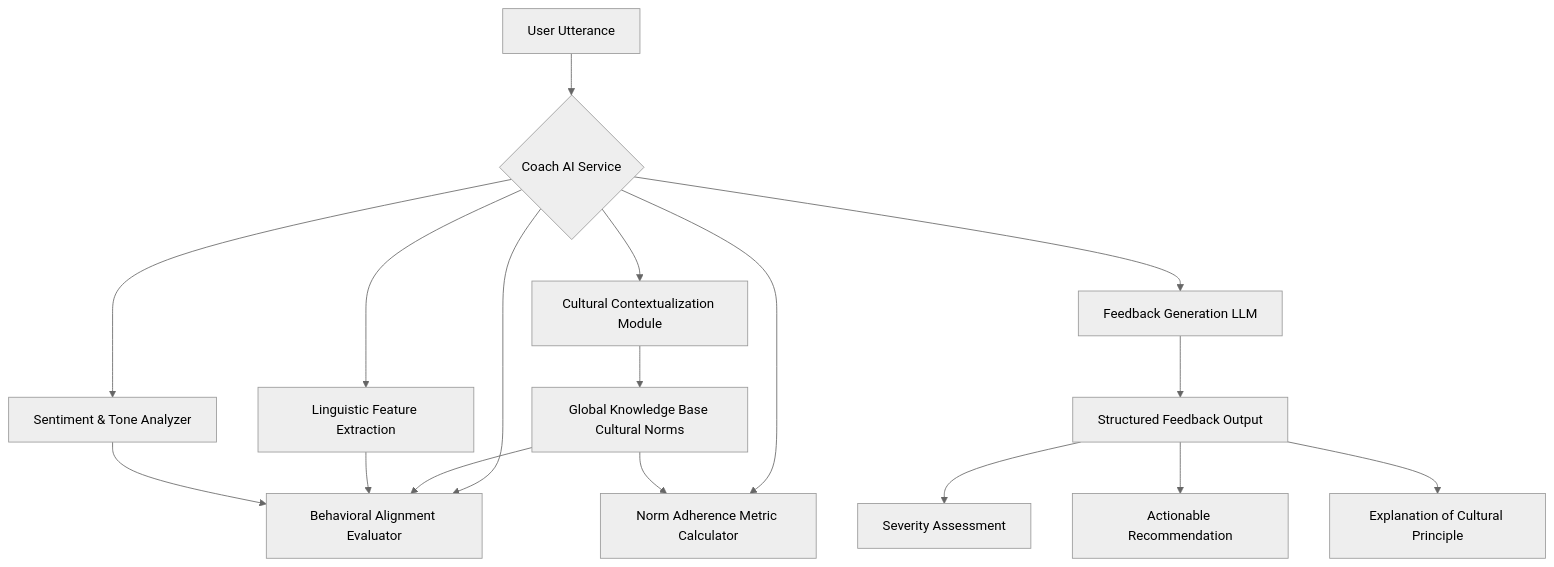
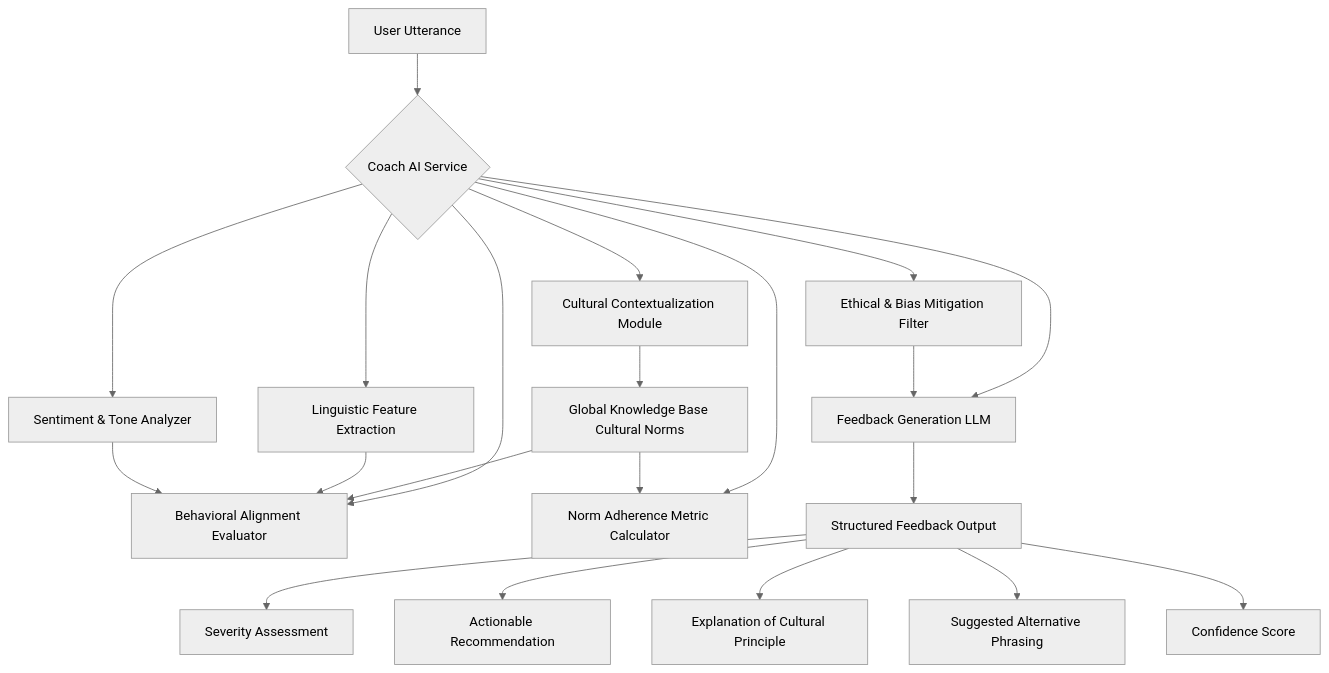
The fourth of 10 diagrams in inventions/019_cultural_communication_simulation.md (diplomat-bit/Citibank_Demo_Business_Inc_Demonstration-), drawn with Mermaid (neutral theme) before and after one commit. The commit also changed other lines of this file, not shown here.

````diff
--- a/inventions/019_cultural_communication_simulation.md
+++ b/inventions/019_cultural_communication_simulation.md
@@ -128,19 +149,23 @@
 ```mermaid
 graph TD
     A[User Utterance] --> B{Coach AI Service}
     B --> C[Cultural Contextualization Module]
     B --> D[Linguistic Feature Extraction]
     B --> E[Behavioral Alignment Evaluator]
     B --> F[Sentiment & Tone Analyzer]
     B --> G[Norm Adherence Metric Calculator]
     C --> GKB[Global Knowledge Base Cultural Norms]
     GKB --> E
     GKB --> G
     D --> E
     F --> E
     B --> H[Feedback Generation LLM]
     H --> I[Structured Feedback Output]
     I --> J[Severity Assessment]
     I --> K[Actionable Recommendation]
     I --> L[Explanation of Cultural Principle]
+    I --> M[Suggested Alternative Phrasing]
+    I --> N[Confidence Score]
+    B --> O[Ethical & Bias Mitigation Filter]
+    O --> H
 ```
````
